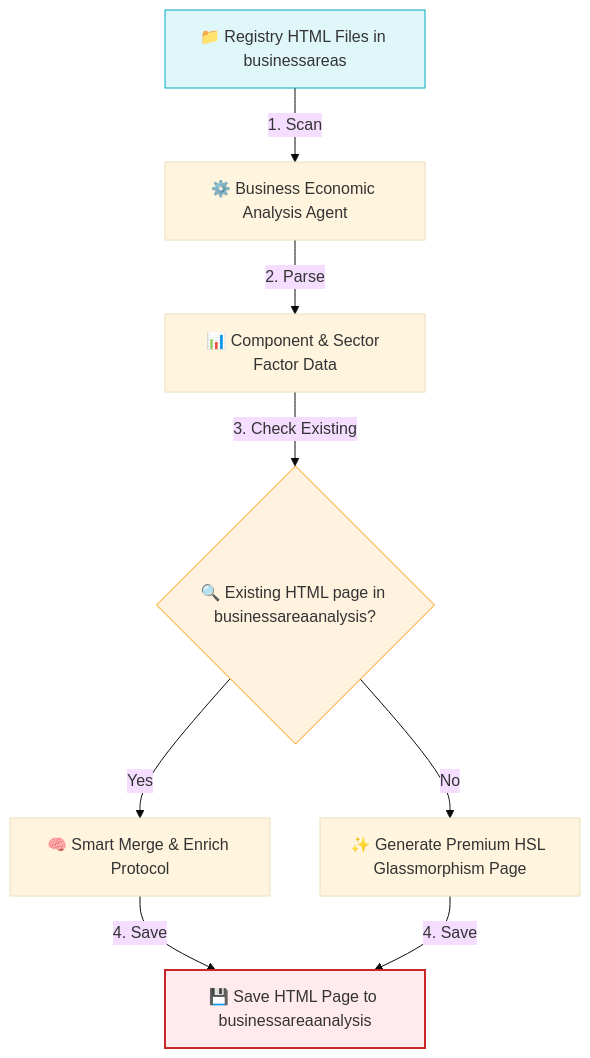
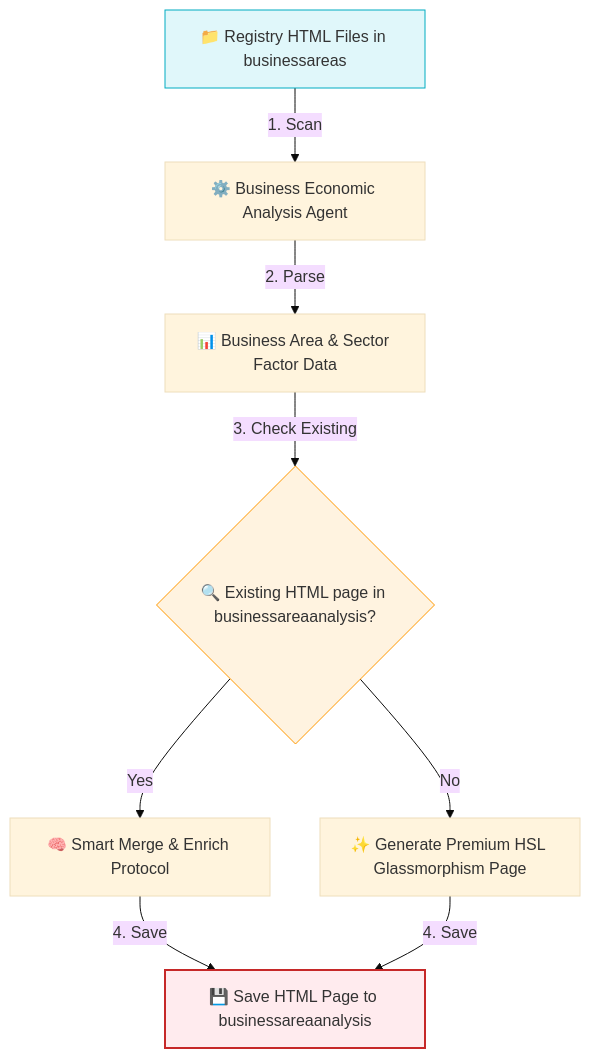
Before and after one commit to kishorekanala/vectranyx: the diagram in productdev_support/agents/business_economic_analysis/README.md, drawn with Mermaid (base theme). The commit also changed other lines of this file and 31 other files, not shown here.

Commit message:
changed Component Areas to Business Areas

````diff
--- a/productdev_support/agents/business_economic_analysis/README.md
+++ b/productdev_support/agents/business_economic_analysis/README.md
@@ -11,14 +11,14 @@
 ```mermaid
 graph TD
     RegistryFiles[📁 Registry HTML Files in businessareas] -->|1. Scan| Agent[⚙️ Business Economic Analysis Agent]
-    Agent -->|2. Parse| ComponentData[📊 Component & Sector Factor Data]
+    Agent -->|2. Parse| ComponentData[📊 Business Area & Sector Factor Data]
     ComponentData -->|3. Check Existing| Inspect{🔍 Existing HTML page in businessareaanalysis?}
     Inspect -->|Yes| Merge[🧠 Smart Merge & Enrich Protocol]
     Inspect -->|No| Generate[✨ Generate Premium HSL Glassmorphism Page]
     Merge -->|4. Save| SaveFile[💾 Save HTML Page to businessareaanalysis]
     Generate -->|4. Save| SaveFile
     
     style RegistryFiles fill:#e0f7fa,stroke:#00acc1,stroke-width:1px;
     style Inspect fill:#fff3e0,stroke:#ff9800,stroke-width:1px;
     style SaveFile fill:#ffebee,stroke:#c62828,stroke-width:2px;
 ```
````
